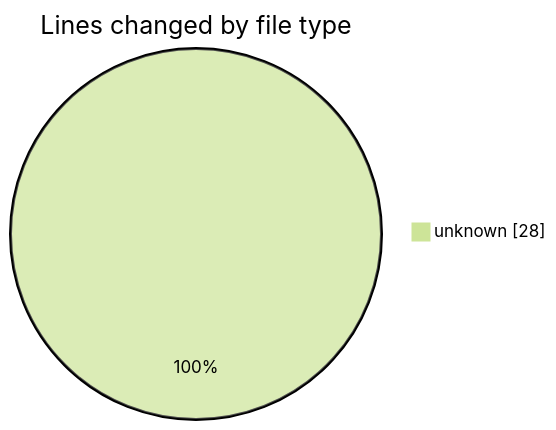
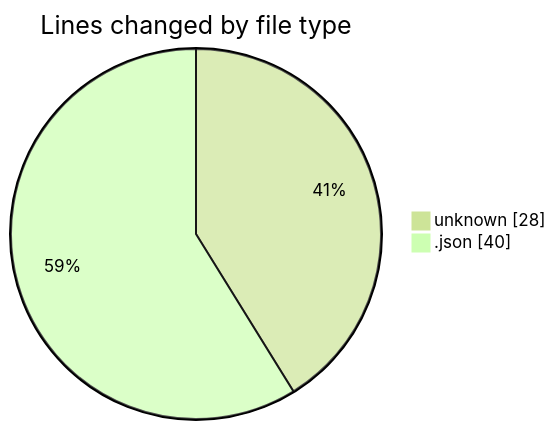
The first of 2 diagrams in 2026-05-22/testuploaddovera/README.md (MatusMokan/code-tracking), drawn with Mermaid (forest theme) before and after one commit. The commit also changed other lines of this file and 1 other file, not shown here.

````diff
--- a/2026-05-22/testuploaddovera/README.md
+++ b/2026-05-22/testuploaddovera/README.md
@@ -20,5 +21,6 @@
 ```mermaid
 pie showData
 title Lines changed by file type
 "unknown" : 28
+".json" : 40
 ```
````
